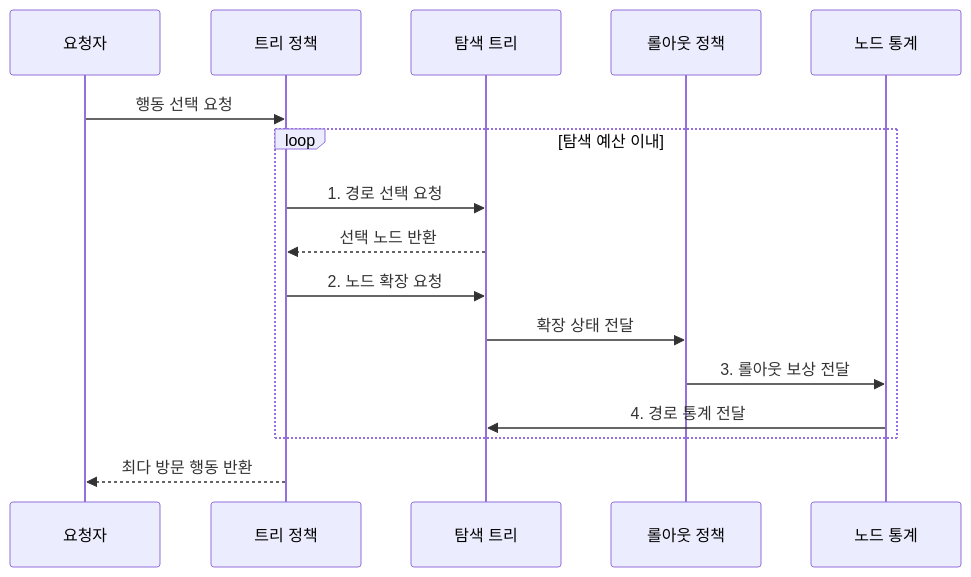
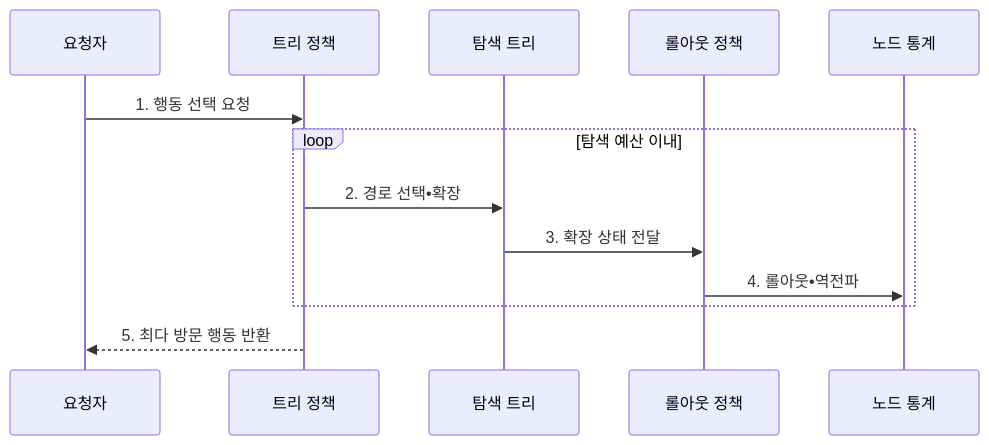
One commit to agnusdei1207/knowledge-base changed the second of 2 diagrams in src/content/docs/notes/01-basic-theory/018_mcts.md. Above: the diagram before and after it, drawn with Mermaid. The commit also changed other lines of this file and 28 other files, not shown here.

````diff
--- a/src/content/docs/notes/01-basic-theory/018_mcts.md
+++ b/src/content/docs/notes/01-basic-theory/018_mcts.md
@@ -107,18 +94,15 @@
 ```mermaid
 sequenceDiagram
     participant Q as 요청자
     participant T as 트리 정책
     participant R as 탐색 트리
     participant P as 롤아웃 정책
     participant S as 노드 통계
-    Q->>T: 행동 선택 요청
+    Q->>T: 1. 행동 선택 요청
     loop 탐색 예산 이내
-        T->>R: 1. 경로 선택 요청
-        R-->>T: 선택 노드 반환
-        T->>R: 2. 노드 확장 요청
-        R->>P: 확장 상태 전달
-        P->>S: 3. 롤아웃 보상 전달
-        S->>R: 4. 경로 통계 전달
+        T->>R: 2. 경로 선택•확장
+        R->>P: 3. 확장 상태 전달
+        P->>S: 4. 롤아웃•역전파
     end
-    T-->>Q: 최다 방문 행동 반환
+    T-->>Q: 5. 최다 방문 행동 반환
 ```
````
